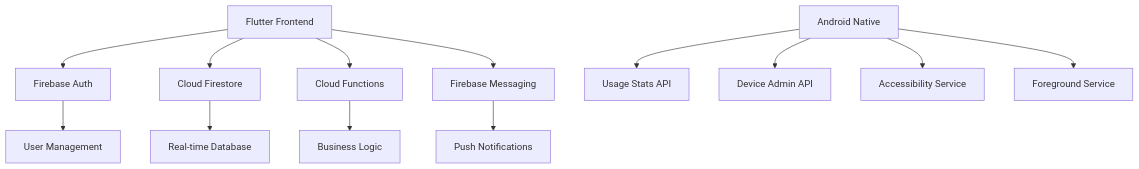
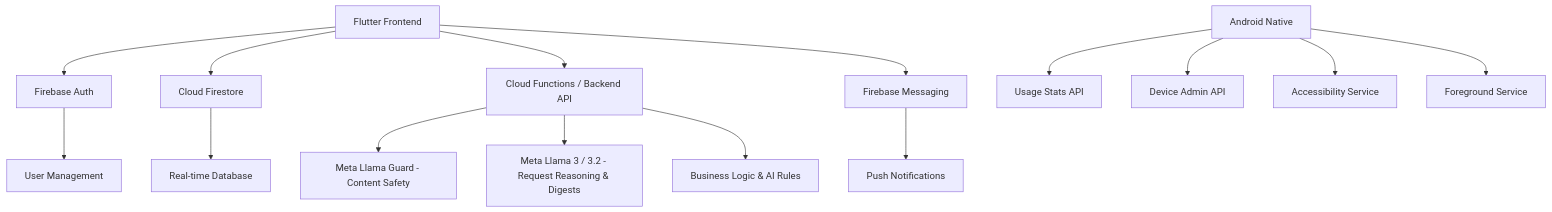
One commit to muktarbdulkader/FamilyGuard changed the diagram in README.md. Above: the diagram before and after it, drawn with Mermaid. The commit also changed other lines of this file, not shown here.

Commit message:
docs: add Meta AI and Llama Guard integration architecture

````diff
--- a/README.md
+++ b/README.md
@@ -76,17 +100,20 @@
 ```mermaid
 graph TD
     A[Flutter Frontend] --> B[Firebase Auth]
     A --> C[Cloud Firestore]
-    A --> D[Cloud Functions]
+    A --> D[Cloud Functions / Backend API]
     A --> E[Firebase Messaging]
+    
+    D --> AI1[Meta Llama Guard - Content Safety]
+    D --> AI2[Meta Llama 3 / 3.2 - Request Reasoning & Digests]
     
     F[Android Native] --> G[Usage Stats API]
     F --> H[Device Admin API]
     F --> I[Accessibility Service]
     F --> J[Foreground Service]
     
     B --> K[User Management]
     C --> L[Real-time Database]
-    D --> M[Business Logic]
+    D --> M[Business Logic & AI Rules]
     E --> N[Push Notifications]
 ```
````
